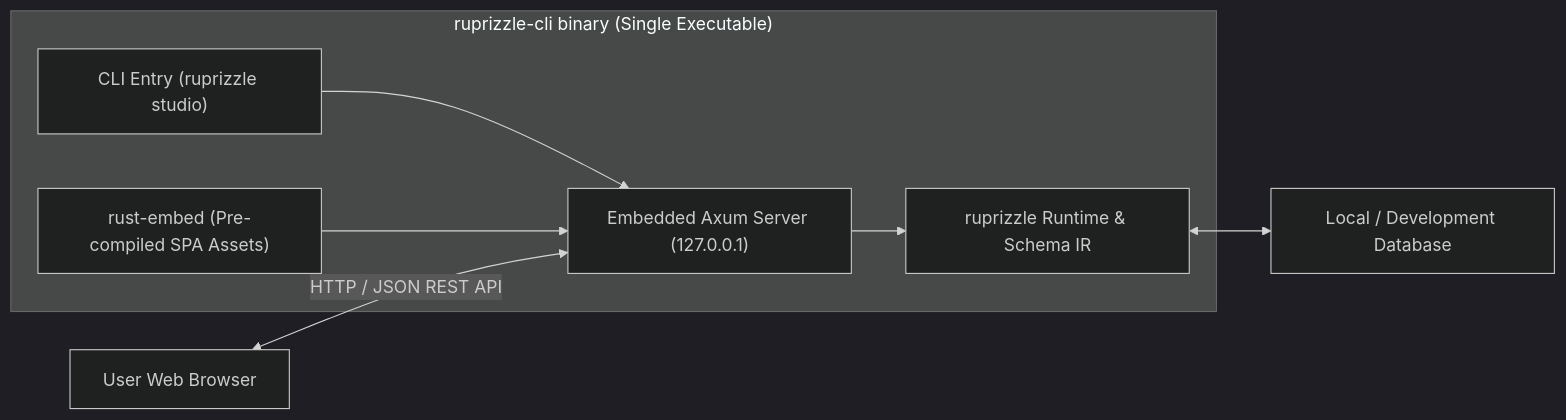
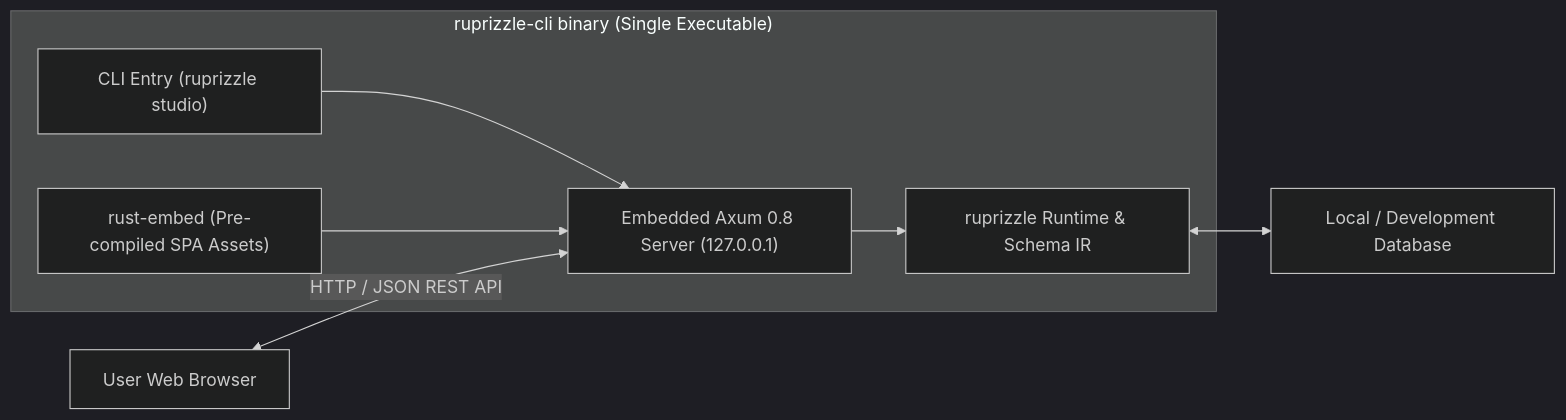
Before and after one commit to vaibhavgupta9877/ruprizzle-orm: the diagram in ProjectPlan/v2/06_RuprizzleStudioPlan.md, drawn with Mermaid (dark theme). The commit also changed other lines of this file and 10 other files, not shown here.

````diff
--- a/ProjectPlan/v2/06_RuprizzleStudioPlan.md
+++ b/ProjectPlan/v2/06_RuprizzleStudioPlan.md
@@ -20,10 +21,10 @@
 ```mermaid
 graph LR
     subgraph "ruprizzle-cli binary (Single Executable)"
-        CLI["CLI Entry (ruprizzle studio)"] --> Server["Embedded Axum Server (127.0.0.1)"]
+        CLI["CLI Entry (ruprizzle studio)"] --> Server["Embedded Axum 0.8 Server (127.0.0.1)"]
         Assets["rust-embed (Pre-compiled SPA Assets)"] --> Server
         Server --> Runtime["ruprizzle Runtime & Schema IR"]
     end
     Browser["User Web Browser"] <--> |HTTP / JSON REST API| Server
     Runtime <--> DB["Local / Development Database"]
 ```
````
